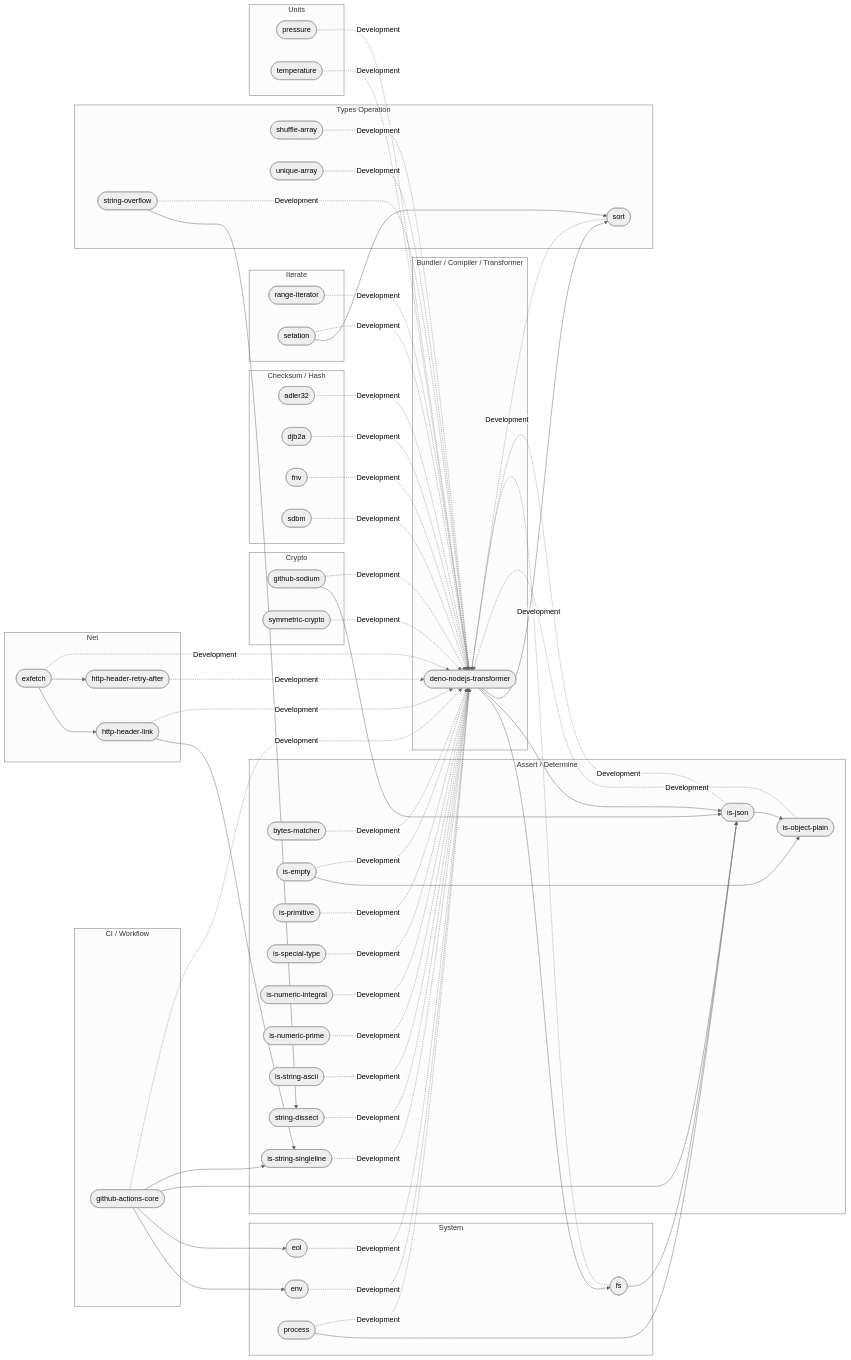
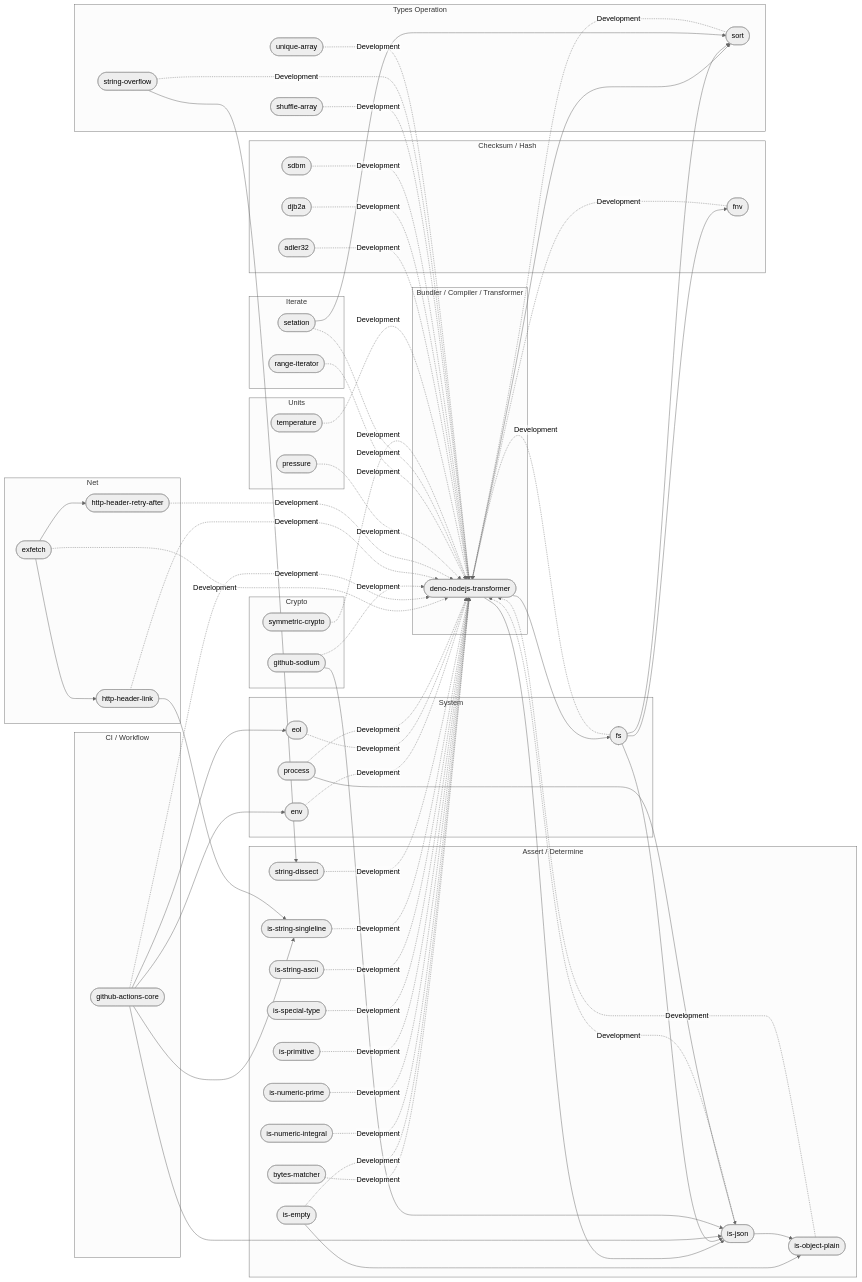
Before and after one commit to hugoalh/hugoalh: the diagram in assets/es-dependencies-graph.md, drawn with Mermaid (neutral theme). The commit also changed other lines of this file, not shown here.

Commit message:
Update ES dependencies graph

```diff
--- a/assets/es-dependencies-graph.md
+++ b/assets/es-dependencies-graph.md
@@ -79,7 +79,9 @@
   deno-nodejs-transformer --> sort
   exfetch --> http-header-link
   exfetch --> http-header-retry-after
+  fs --> fnv
   fs --> is-json
+  fs --> sort
   github-actions-core --> env
   github-actions-core --> eol
   github-actions-core --> is-json
```
